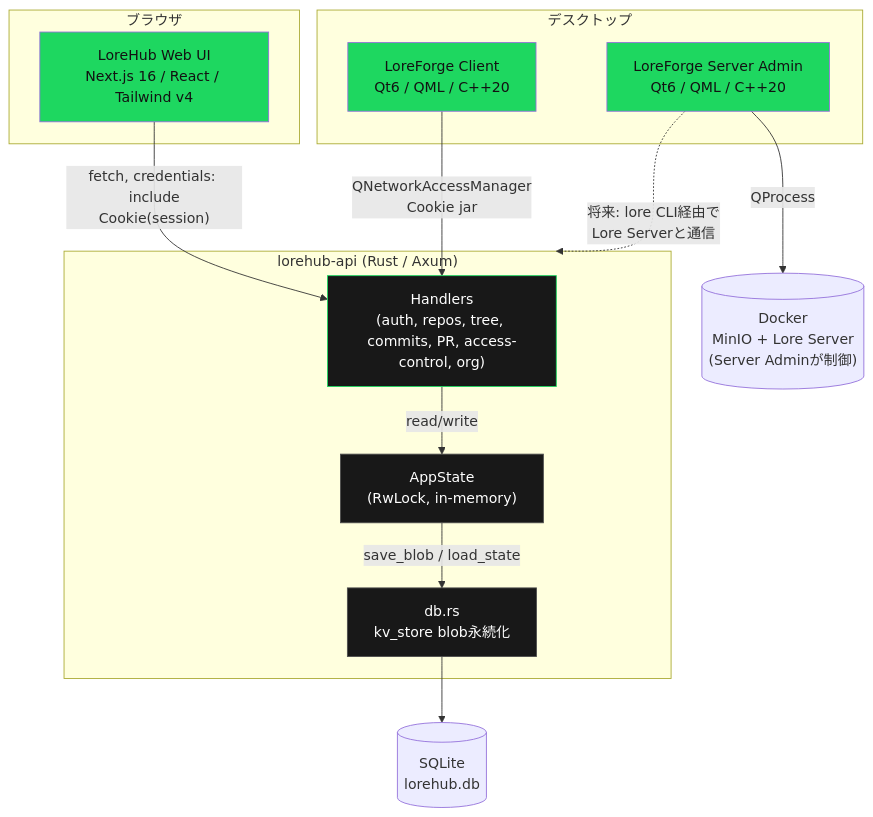
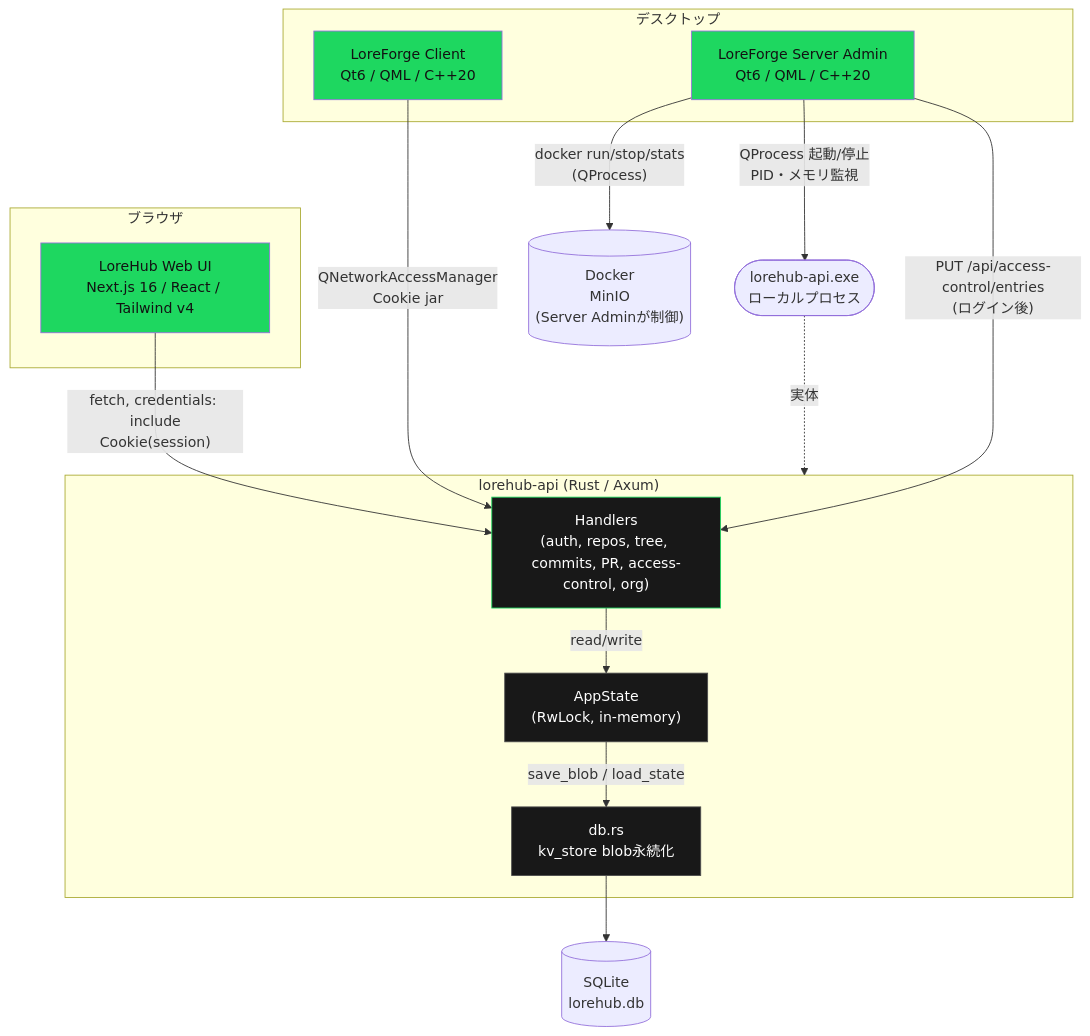
The first of 8 diagrams in docs/ARCHITECTURE_AND_DESIGN.md (manato1201/LoreDesktopAndWebSystem), drawn with Mermaid before and after one commit. The commit also changed other lines of this file and 3 other files, not shown here.

````diff
--- a/docs/ARCHITECTURE_AND_DESIGN.md
+++ b/docs/ARCHITECTURE_AND_DESIGN.md
@@ -19,35 +19,38 @@
 ```mermaid
 graph TB
     subgraph Browser["ブラウザ"]
         WebUI["LoreHub Web UI<br/>Next.js 16 / React / Tailwind v4"]
     end
 
     subgraph Desktop["デスクトップ"]
         Client["LoreForge Client<br/>Qt6 / QML / C++20"]
         ServerAdmin["LoreForge Server Admin<br/>Qt6 / QML / C++20"]
     end
 
     subgraph Backend["lorehub-api (Rust / Axum)"]
         Handlers["Handlers<br/>(auth, repos, tree, commits, PR, access-control, org)"]
         AppState["AppState<br/>(RwLock, in-memory)"]
         DB["db.rs<br/>kv_store blob永続化"]
     end
 
     SQLite[("SQLite<br/>lorehub.db")]
-    Docker[("Docker<br/>MinIO + Lore Server<br/>(Server Adminが制御)")]
+    Docker[("Docker<br/>MinIO<br/>(Server Adminが制御)")]
+    ServerProc(["lorehub-api.exe<br/>ローカルプロセス"])
 
     WebUI -- "fetch, credentials: include<br/>Cookie(session)" --> Handlers
     Client -- "QNetworkAccessManager<br/>Cookie jar" --> Handlers
     Handlers -- "read/write" --> AppState
     AppState -- "save_blob / load_state" --> DB
     DB --> SQLite
-    ServerAdmin -- "QProcess" --> Docker
-    ServerAdmin -. "将来: lore CLI経由で<br/>Lore Serverと通信" .-> Backend
+    ServerAdmin -- "docker run/stop/stats<br/>(QProcess)" --> Docker
+    ServerAdmin -- "QProcess 起動/停止<br/>PID・メモリ監視" --> ServerProc
+    ServerAdmin -- "PUT /api/access-control/entries<br/>(ログイン後)" --> Handlers
+    ServerProc -.->|"実体"| Backend
 
     style WebUI fill:#1ed760,color:#121212
     style Client fill:#1ed760,color:#121212
     style ServerAdmin fill:#1ed760,color:#121212
     style Handlers fill:#181818,color:#fff,stroke:#1ed760
     style AppState fill:#181818,color:#fff,stroke:#4d4d4d
     style DB fill:#181818,color:#fff,stroke:#4d4d4d
 ```
````
